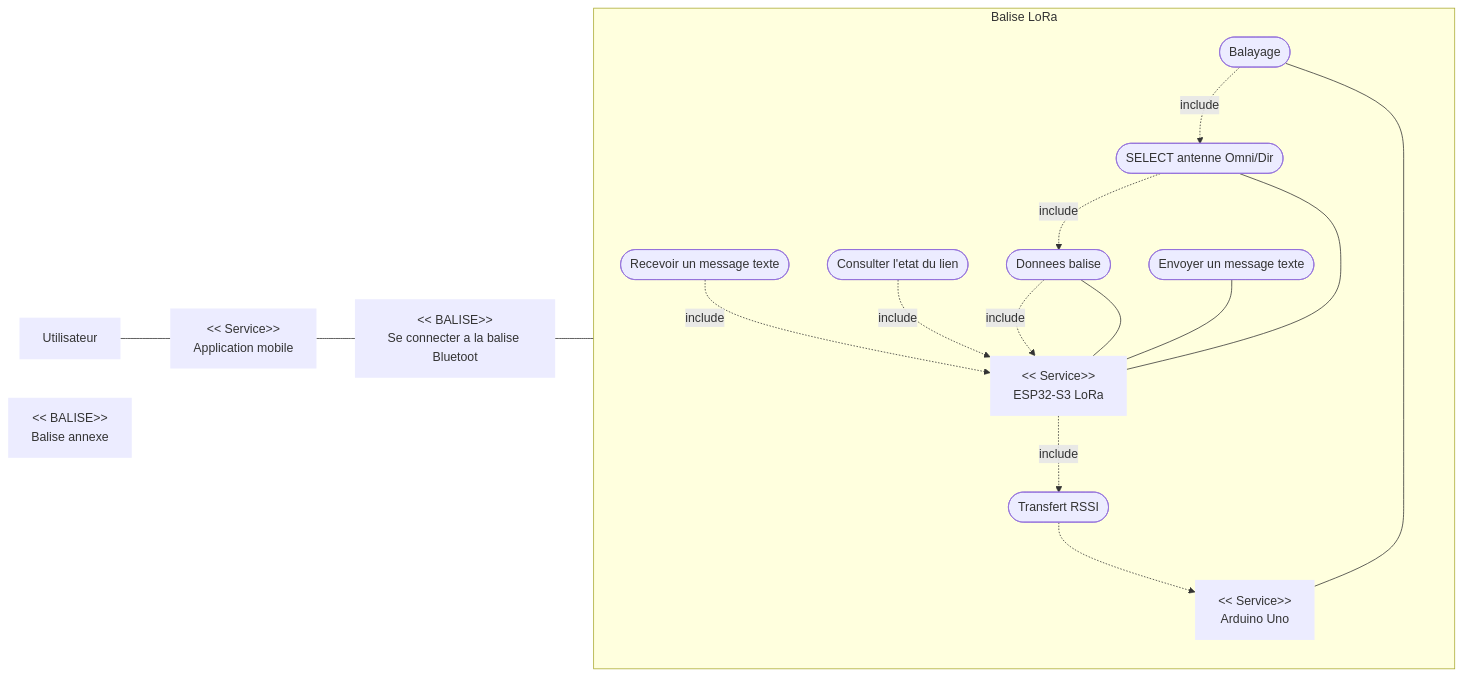
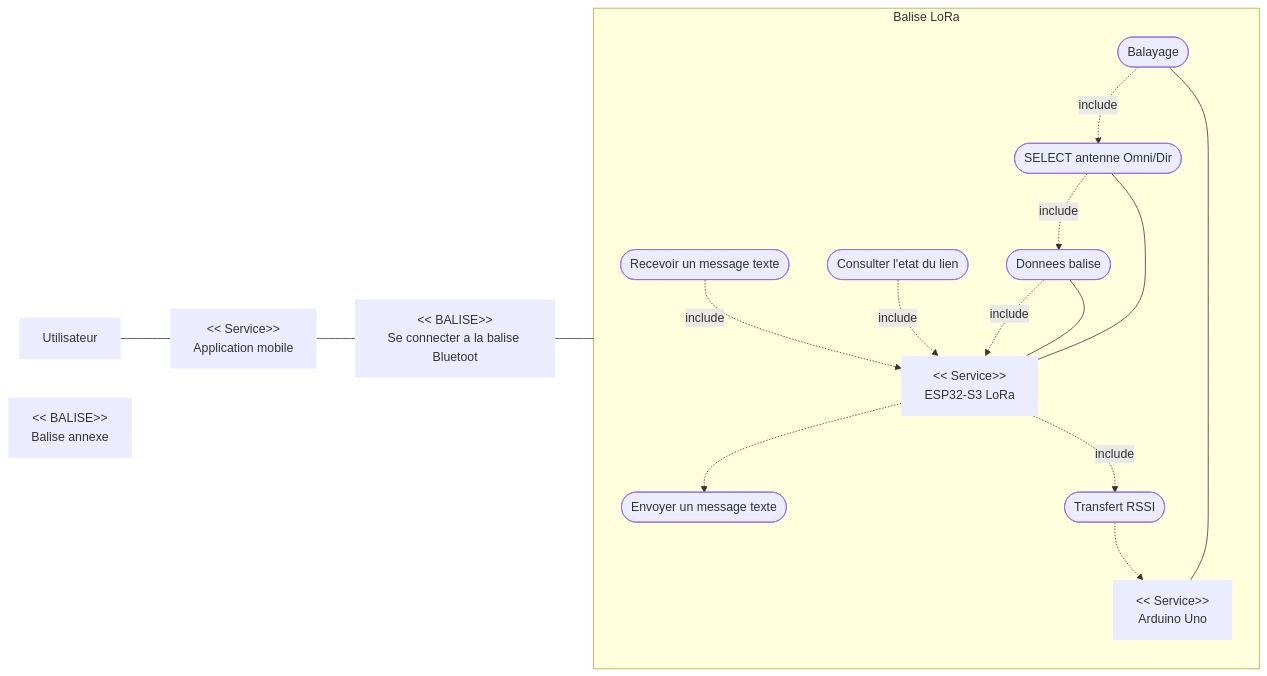
Before and after one commit to SHU445/Projet-LoRa-72h: the first of 7 diagrams in Diagrammes_SysML_Projet_LoRa.md, drawn with Mermaid.

Commit message:
"CorrectUseCase3.9"

````diff
--- a/Diagrammes_SysML_Projet_LoRa.md
+++ b/Diagrammes_SysML_Projet_LoRa.md
@@ -12,40 +12,40 @@
 ```mermaid
 flowchart LR
   rU["Utilisateur"]:::role
   rAPP["<< Service>>\nApplication mobile"]:::role
   rESP["<< Service>>\nESP32-S3 LoRa"]:::role
   rARD["<< Service>>\nArduino Uno"]:::role
   rCONN["<< BALISE>>\nSe connecter a la balise Bluetoot"]:::role
 
   rOTB["<< BALISE>>\nBalise annexe"]:::role
 
   subgraph S["Balise LoRa"]
     direction TB
     ucSend([Envoyer un message texte])
     ucReceive([Recevoir un message texte])
     ucStatus([Consulter l'etat du lien])
     ucData([Donnees balise])
     ucSelectAntenna([SELECT antenne Omni/Dir])
     ucScan([Balayage])
     ucRssi([Transfert RSSI])
 
+    rESP .-> ucSend
     ucReceive -. include .-> rESP
     ucStatus -. include .-> rESP
     ucData -. include .-> rESP
     ucSelectAntenna -. include .-> ucData
     ucScan -. include .-> ucSelectAntenna
     rESP -. include .-> ucRssi .-> rARD
   end
 
   rU --- rAPP
   rAPP --- rCONN
   rCONN --- rESP
 
-  ucSend --- rESP
   ucData --- rESP
   ucSelectAntenna --- rESP
 
   ucScan --- rARD
 
   classDef role stroke-width:0px;
 ```
````
